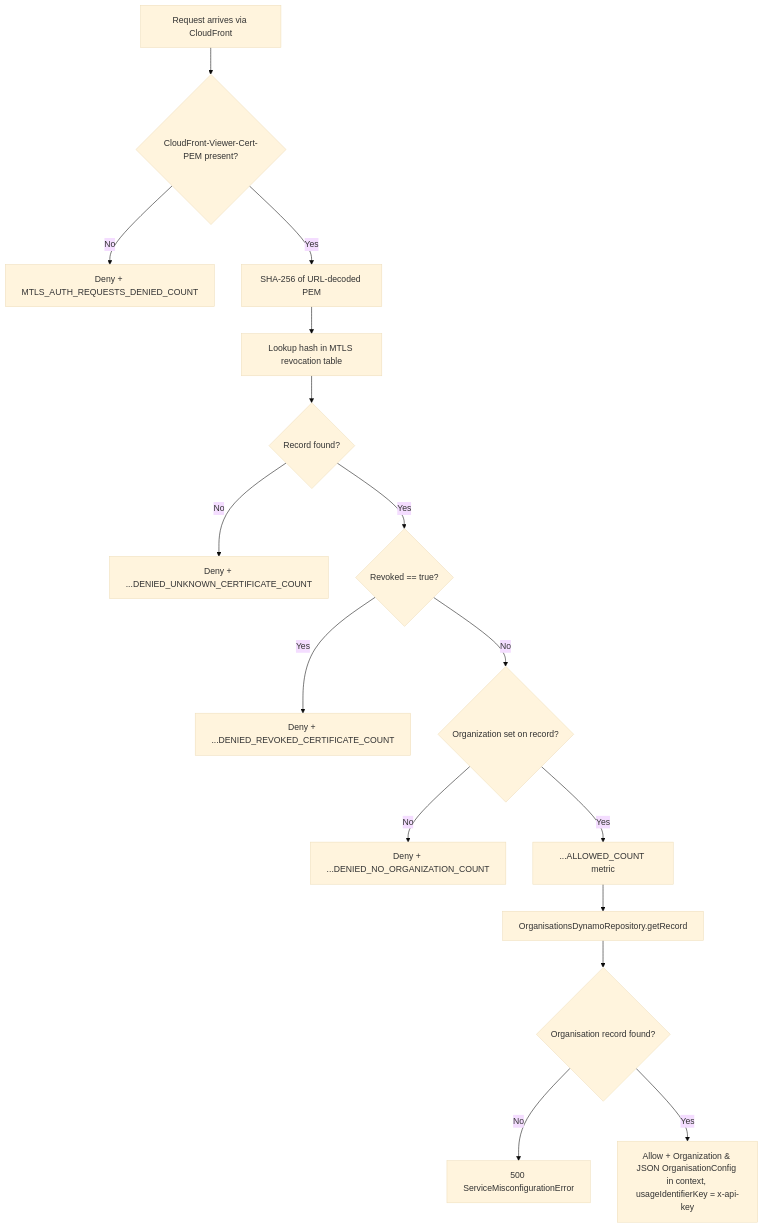
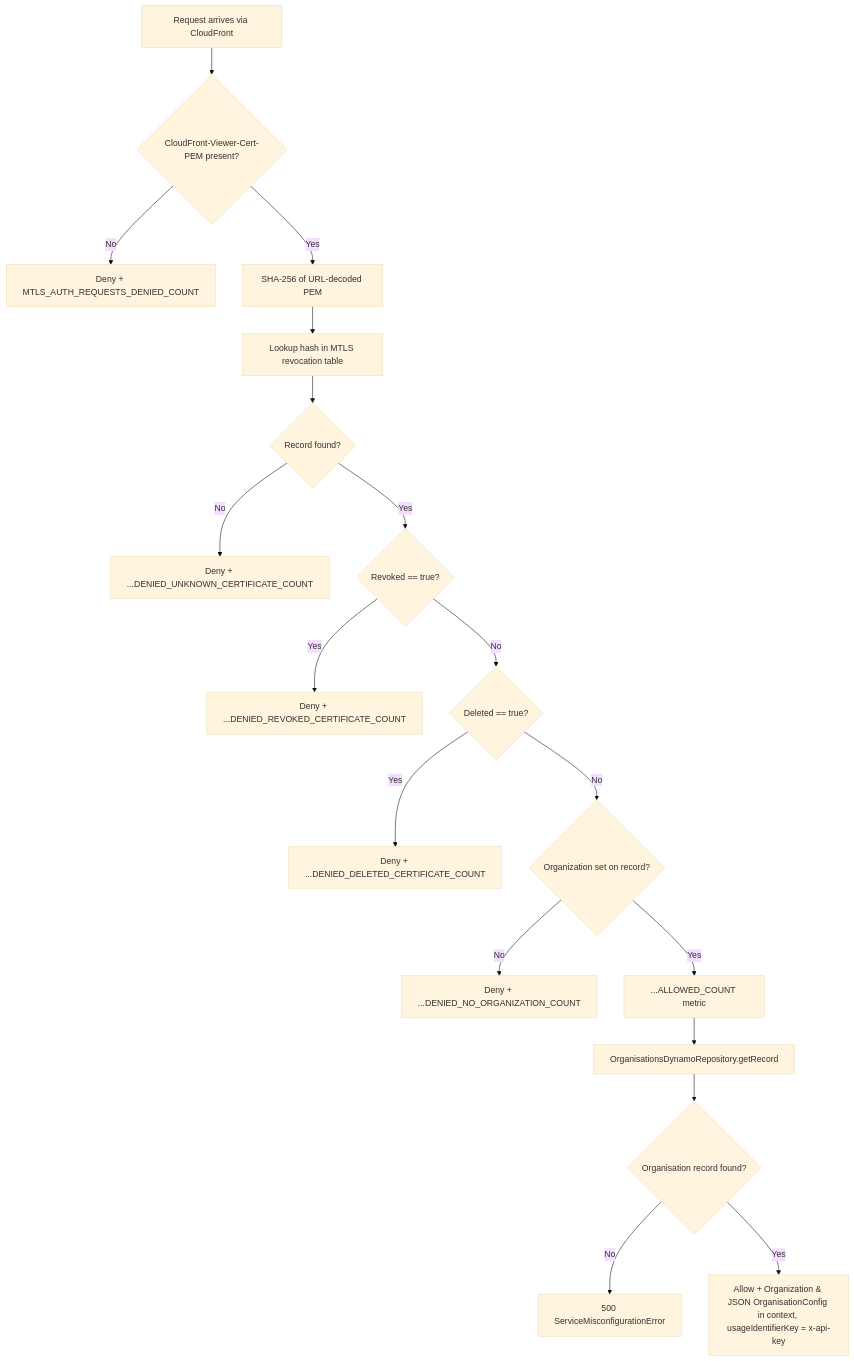
One commit to govuk-once/gds-unified-notification-service changed the diagram in packages/pso/src/handlers/http.mtlsCertificateRevocationAuthorizer/README.md. Above: the diagram before and after it, drawn with Mermaid (base theme).

Commit message:
refactor(NOT-578): update the mermiad diagram to fit added logic

````diff
--- a/packages/pso/src/handlers/http.mtlsCertificateRevocationAuthorizer/README.md
+++ b/packages/pso/src/handlers/http.mtlsCertificateRevocationAuthorizer/README.md
@@ -38,18 +38,20 @@
 ```mermaid
 flowchart TD
     A[Request arrives via CloudFront] --> B{CloudFront-Viewer-Cert-PEM present?}
     B -- No --> D1[Deny + MTLS_AUTH_REQUESTS_DENIED_COUNT]
     B -- Yes --> C[SHA-256 of URL-decoded PEM]
     C --> E[Lookup hash in MTLS revocation table]
     E --> F{Record found?}
     F -- No --> D2[Deny + ...DENIED_UNKNOWN_CERTIFICATE_COUNT]
     F -- Yes --> G{Revoked == true?}
     G -- Yes --> D3[Deny + ...DENIED_REVOKED_CERTIFICATE_COUNT]
-    G -- No --> H{Organization set on record?}
-    H -- No --> D4[Deny + ...DENIED_NO_ORGANIZATION_COUNT]
-    H -- Yes --> I[...ALLOWED_COUNT metric]
-    I --> K[OrganisationsDynamoRepository.getRecord]
+    G -- No --> H{Deleted == true?}
+    H -- Yes --> D4[Deny + ...DENIED_DELETED_CERTIFICATE_COUNT]
+    H -- No --> I{Organization set on record?}
+    I -- No --> D5[Deny + ...DENIED_NO_ORGANIZATION_COUNT]
+    I -- Yes --> J[...ALLOWED_COUNT metric]
+    J --> K[OrganisationsDynamoRepository.getRecord]
     K --> L{Organisation record found?}
     L -- No --> M[500 ServiceMisconfigurationError]
     L -- Yes --> N["Allow + Organization & JSON OrganisationConfig in context, usageIdentifierKey = x-api-key"]
 ```
````
